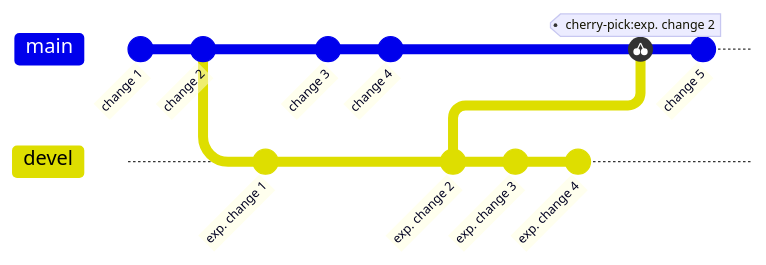
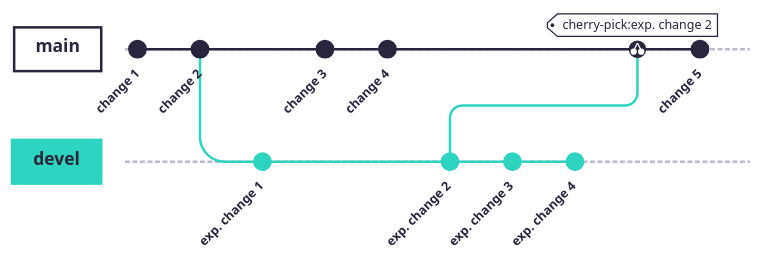
Before and after one commit to abilandz/NAT3054: diagram 24 of 24 in src/git.md, drawn with Mermaid. The commit also changed other lines of this file, not shown here.

Commit message:
switch to redux-color theme in gitGraphs, for better visibility in MkDocs

````diff
--- a/src/git.md
+++ b/src/git.md
@@ -1624,17 +1652,20 @@
 ```mermaid
-	gitGraph
-       commit id: "change 1"
-       commit id: "change 2"
-       branch devel
-       commit id: "exp. change 1"
-       checkout main
-       commit id: "change 3"
-       commit id: "change 4"
-       checkout devel
-	   commit id: "exp. change 2"
-	   commit id: "exp. change 3"
-	   commit id: "exp. change 4"
-       checkout main
-       cherry-pick id:"exp. change 2"
-       commit id: "change 5"
+%%{init: {
+  'theme': 'redux-color'
+}}%%
+gitGraph
+   commit id: "change 1"
+   commit id: "change 2"
+   branch devel
+   commit id: "exp. change 1"
+   checkout main
+   commit id: "change 3"
+   commit id: "change 4"
+   checkout devel
+   commit id: "exp. change 2"
+   commit id: "exp. change 3"
+   commit id: "exp. change 4"
+   checkout main
+   cherry-pick id:"exp. change 2"
+   commit id: "change 5"
 ```
````
